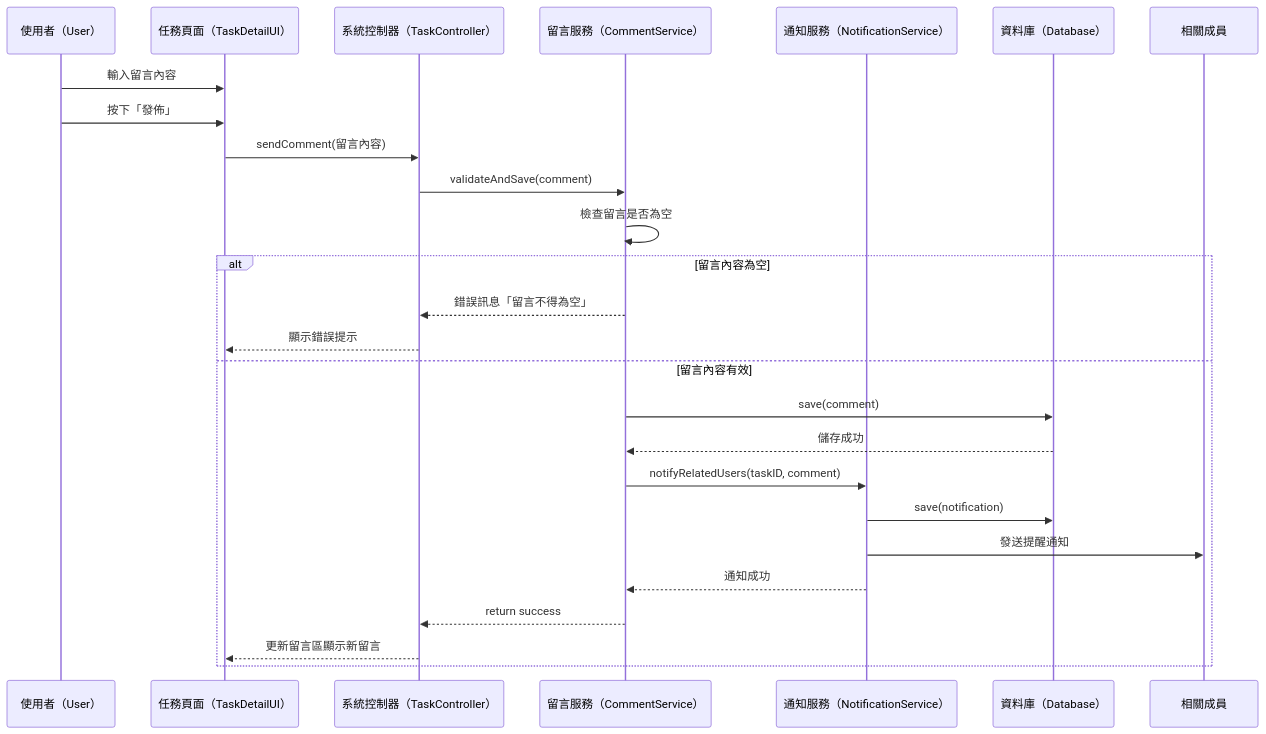
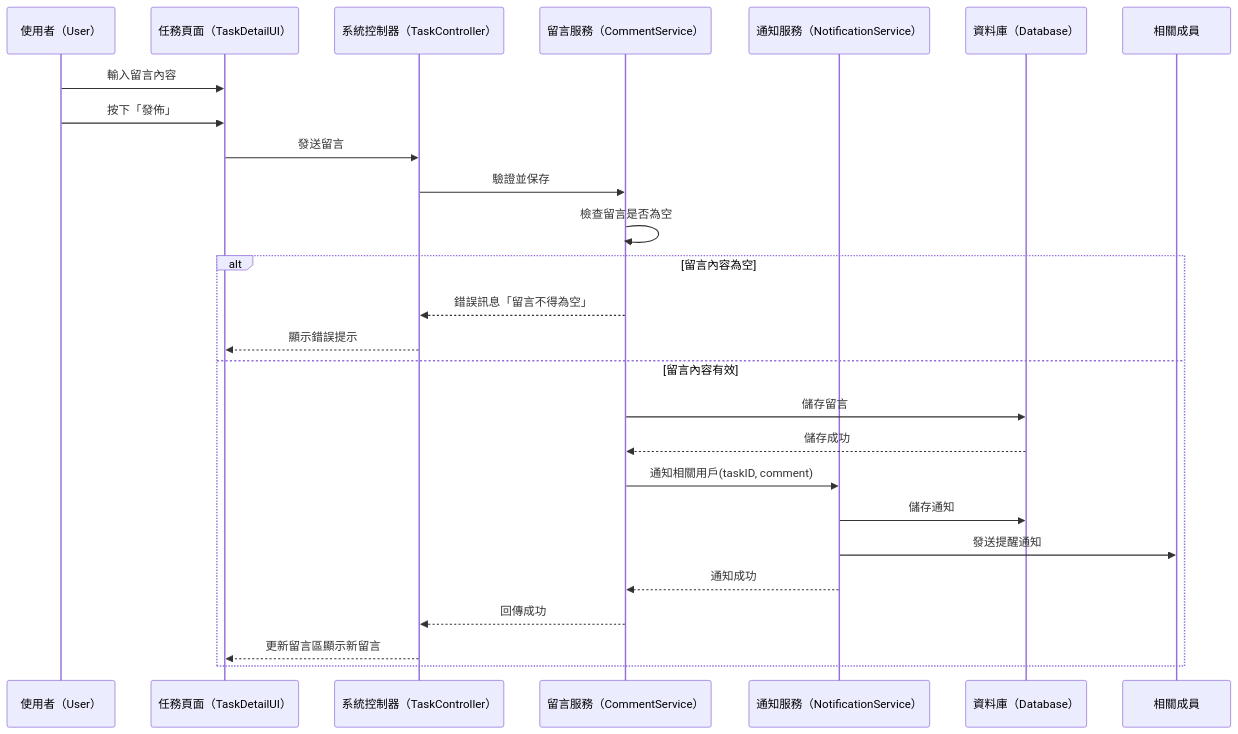
The third of 3 diagrams in hw5.md (zhuang147/Task-Management), drawn with Mermaid before and after one commit.

````diff
--- a/hw5.md
+++ b/hw5.md
@@ -50,30 +50,30 @@
 ```mermaid
 sequenceDiagram
     participant U as 使用者（User）
     participant UI as 任務頁面（TaskDetailUI）
     participant C as 系統控制器（TaskController）
     participant CS as 留言服務（CommentService）
     participant NS as 通知服務（NotificationService）
     participant DB as 資料庫（Database）
 
     %% --- 主要流程 ---
     U ->> UI: 輸入留言內容
     U ->> UI: 按下「發佈」
-    UI ->> C: sendComment(留言內容)
-    C ->> CS: validateAndSave(comment)
+    UI ->> C: 發送留言
+    C ->> CS: 驗證並保存
     CS ->> CS: 檢查留言是否為空
 
     alt 留言內容為空
         CS -->> C: 錯誤訊息「留言不得為空」
         C -->> UI: 顯示錯誤提示
     else 留言內容有效
-        CS ->> DB: save(comment)
+        CS ->> DB: 儲存留言
         DB -->> CS: 儲存成功
-        CS ->> NS: notifyRelatedUsers(taskID, comment)
-        NS ->> DB: save(notification)
+        CS ->> NS: 通知相關用戶(taskID, comment)
+        NS ->> DB: 儲存通知
         NS ->> 相關成員: 發送提醒通知
         NS -->> CS: 通知成功
-        CS -->> C: return success
+        CS -->> C: 回傳成功
         C -->> UI: 更新留言區顯示新留言
     end
 ```
````
